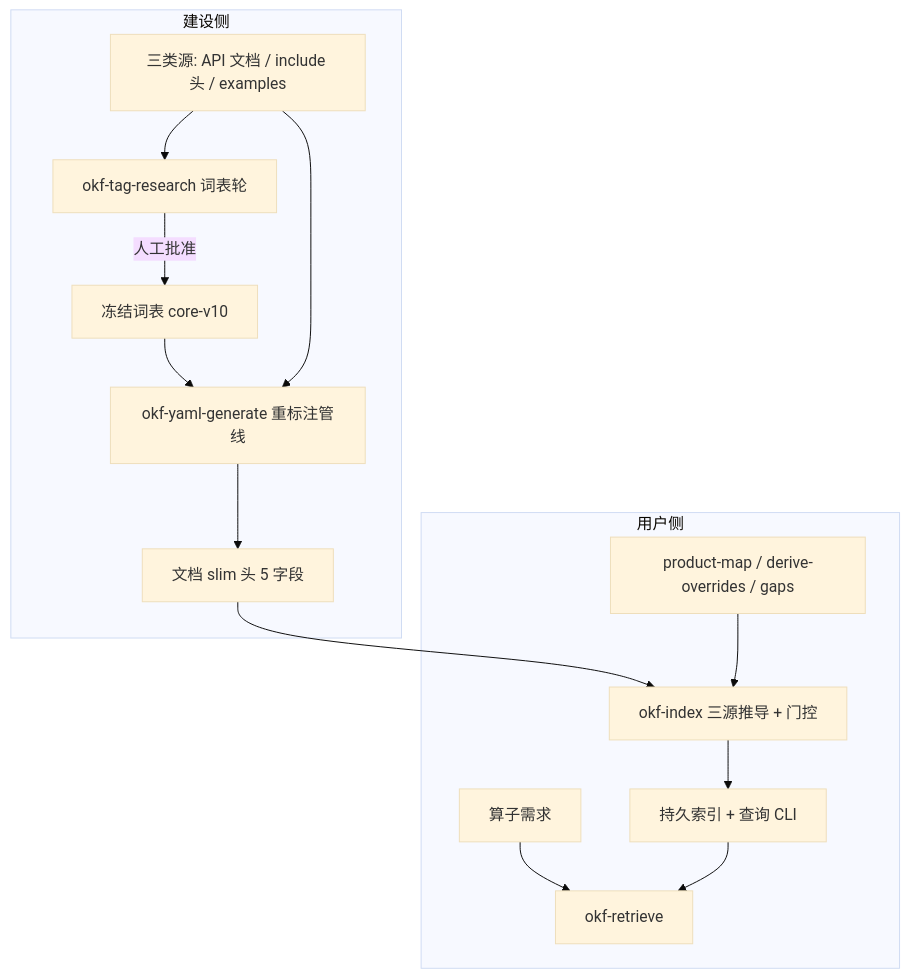
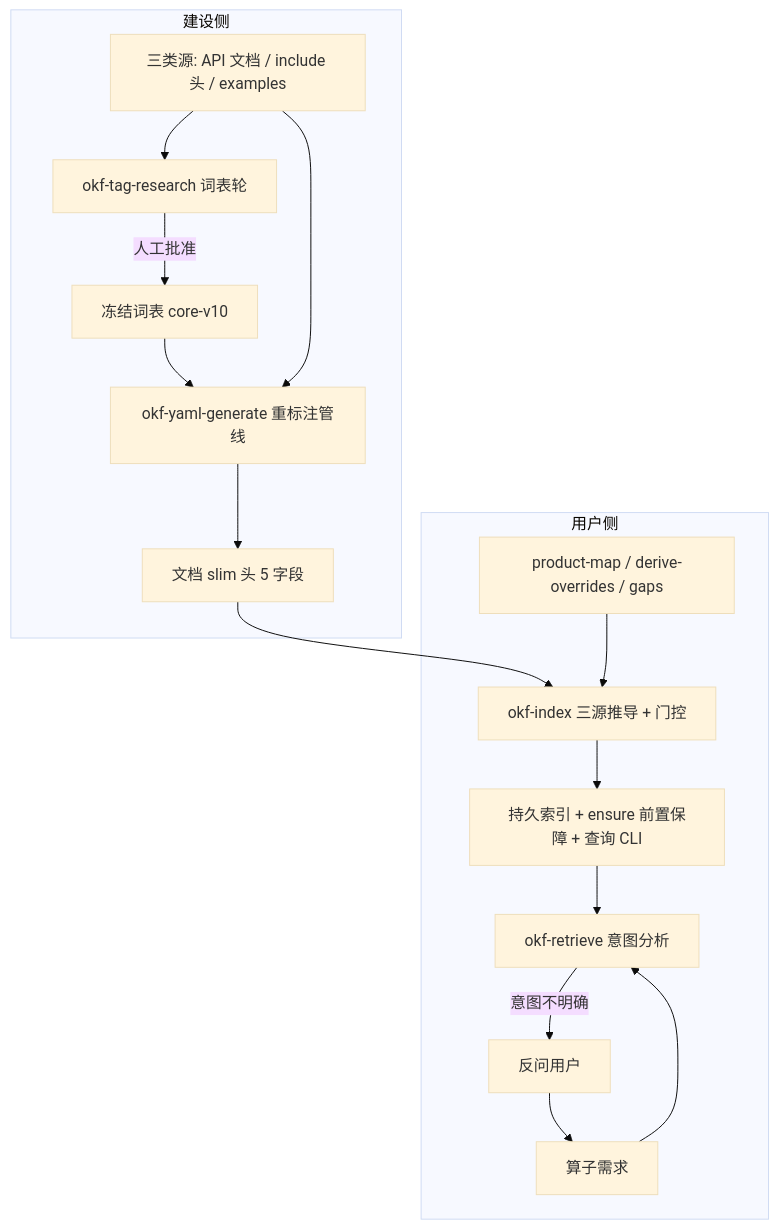
Before and after one commit to qingshangyan12/asc-devkit_clone: the diagram in okf_skills/README.md, drawn with Mermaid (base theme). The commit also changed other lines of this file and 14 other files, not shown here.

First line of the commit message:
feat(okf): index pre-check ensure and intent-gated retrieve flow

````diff
--- a/okf_skills/README.md
+++ b/okf_skills/README.md
@@ -19,17 +19,18 @@
 ```mermaid
 flowchart TD
     subgraph S1[建设侧]
         A[三类源: API 文档 / include 头 / examples] --> B[okf-tag-research 词表轮]
         B -->|人工批准| C[冻结词表 core-v10]
         C --> D[okf-yaml-generate 重标注管线]
         A --> D
         D --> E[文档 slim 头 5 字段]
     end
     subgraph S2[用户侧]
         E --> F[okf-index 三源推导 + 门控]
         G[product-map / derive-overrides / gaps] --> F
-        F --> H[持久索引 + 查询 CLI]
-        I[算子需求] --> J[okf-retrieve]
+        F --> H[持久索引 + ensure 前置保障 + 查询 CLI]
+        I[算子需求] --> J[okf-retrieve 意图分析]
         H --> J
+        J -->|意图不明确| U[反问用户] --> I
     end
 ```
````
